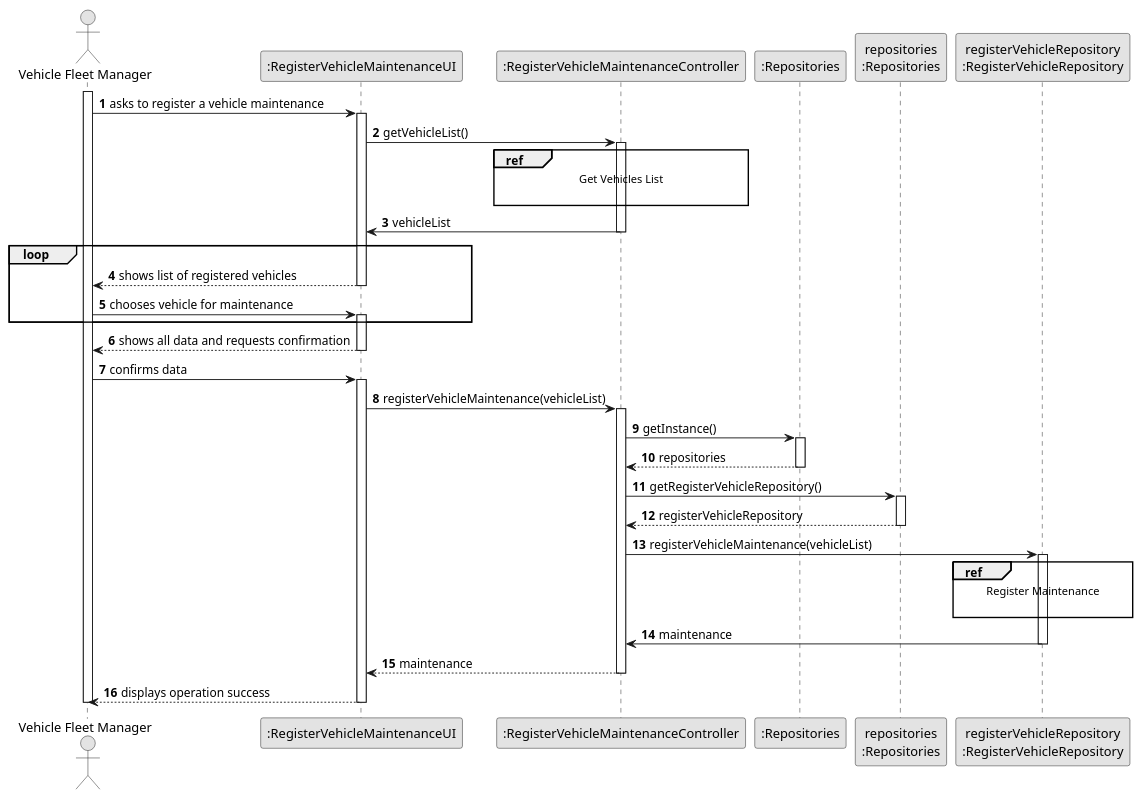
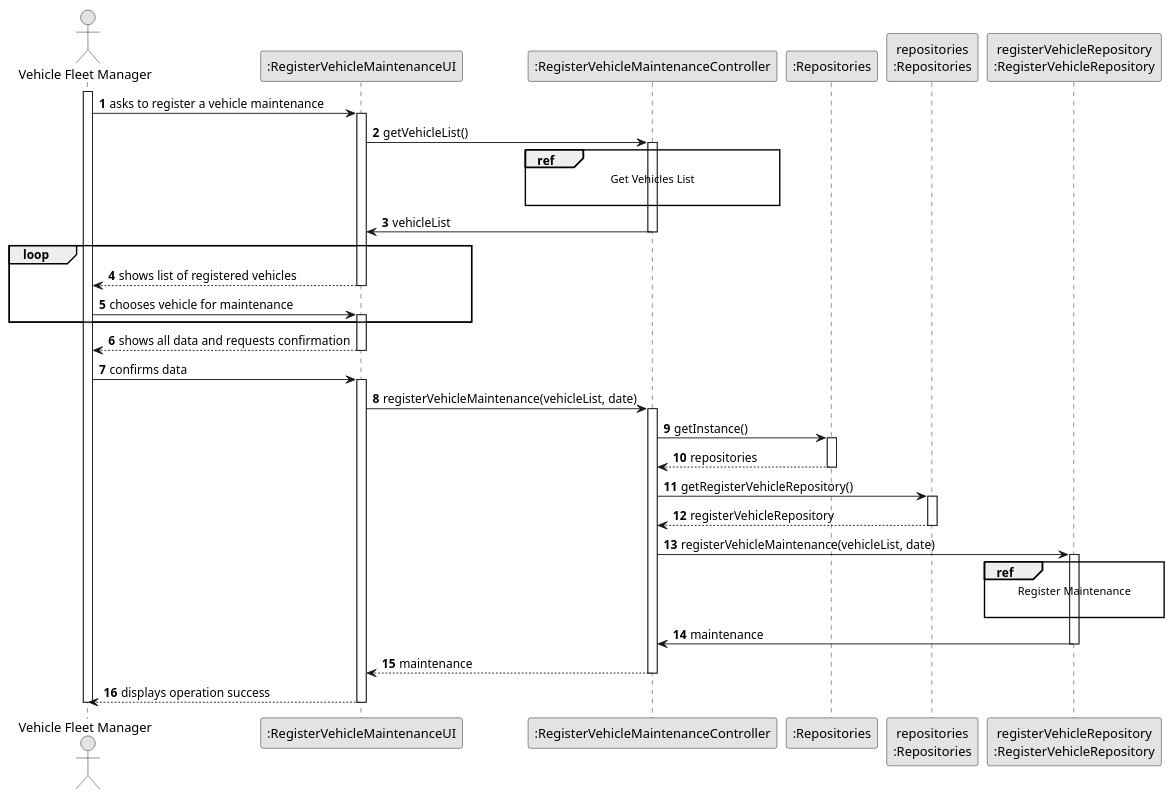
One commit to diogoveirospro/lei-24-s2-1dg-g072 changed the diagram in docs/sprintC/us007/03.design/puml/us007-sequence-diagram-split.puml. Above: the diagram before and after it, drawn with PlantUML. The commit also changed 4 other files, not shown here.

Commit message:
Corrections on US07 and US06 class diagram

```diff
--- a/docs/sprintC/us007/03.design/puml/us007-sequence-diagram-split.puml
+++ b/docs/sprintC/us007/03.design/puml/us007-sequence-diagram-split.puml
@@ -1,78 +1,78 @@
 @startuml
 skinparam monochrome true
 skinparam packageStyle rectangle
 skinparam shadowing false
 
 autonumber
 
 'hide footbox
 actor "Vehicle Fleet Manager" as ADM
 participant ":RegisterVehicleMaintenanceUI" as UI
 participant ":RegisterVehicleMaintenanceController" as CTRL
 participant ":Repositories" as RepositorySingleton
 participant "repositories\n:Repositories" as PLAT
 participant "registerVehicleRepository\n:RegisterVehicleRepository" as RegisterVehicleRepository
 
 activate ADM
 
         ADM -> UI : asks to register a vehicle maintenance
 
         activate UI
         UI -> CTRL : getVehicleList()
             activate CTRL
             ref over CTRL
                 Get Vehicles List
 
             end ref
             CTRL -> UI : vehicleList
             deactivate CTRL
 
             loop
             UI --> ADM : shows list of registered vehicles
             deactivate UI
 
             ADM -> UI : chooses vehicle for maintenance
             activate UI
             end
             UI --> ADM : shows all data and requests confirmation
             deactivate UI
             ADM -> UI : confirms data
             activate UI
-            UI -> CTRL : registerVehicleMaintenance(vehicleList)
+            UI -> CTRL : registerVehicleMaintenance(vehicleList, date)
 
             activate CTRL
 
                             CTRL -> RepositorySingleton : getInstance()
                             activate RepositorySingleton
 
                                 RepositorySingleton --> CTRL: repositories
                             deactivate RepositorySingleton
 
                             CTRL -> PLAT : getRegisterVehicleRepository()
                             activate PLAT
 
                                 PLAT --> CTRL: registerVehicleRepository
                             deactivate PLAT
 
-                            CTRL -> RegisterVehicleRepository : registerVehicleMaintenance(vehicleList)
+                            CTRL -> RegisterVehicleRepository : registerVehicleMaintenance(vehicleList, date)
                             activate RegisterVehicleRepository
 
                             ref over RegisterVehicleRepository
                                 Register Maintenance
 
                             end ref
 
                              RegisterVehicleRepository -> CTRL : maintenance
 
                             deactivate RegisterVehicleRepository
                             deactivate RegisterVehicleRepository
 
 
             CTRL --> UI: maintenance
             deactivate CTRL
             UI --> ADM: displays operation success
     deactivate UI
 
 deactivate ADM
 
 @enduml
```
